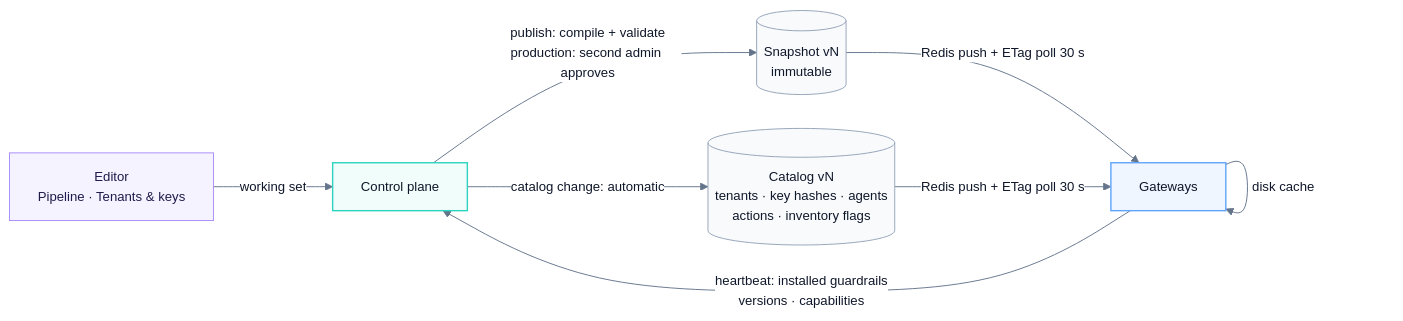
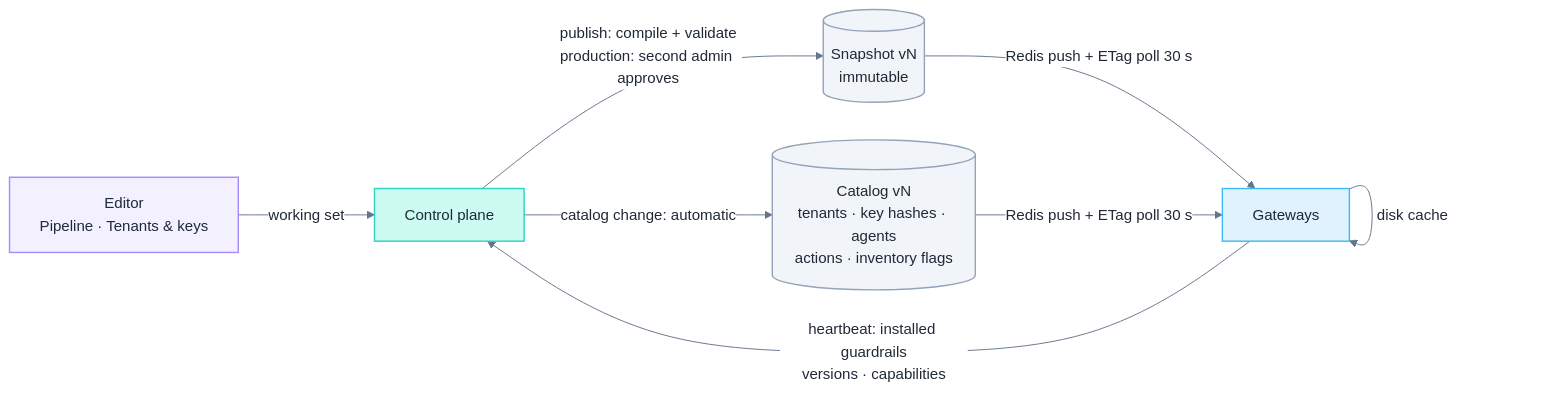
Before and after one commit to ramsha287/policy-guardrails-agent: the fourth of 5 diagrams in docs/architecture.md, drawn with Mermaid. The commit also changed other lines of this file and 2 other files, not shown here.

First line of the commit message:
Redesign top architecture diagram as layered planes

````diff
--- a/docs/architecture.md
+++ b/docs/architecture.md
@@ -230,23 +249,23 @@
 ```mermaid
-%%{init: {"theme": "base", "fontFamily": "Helvetica, Arial, sans-serif", "themeVariables": {"fontSize": "14px", "primaryTextColor": "#0f172a", "lineColor": "#64748b", "clusterBkg": "#fbfcfe", "clusterBorder": "#e2e8f0", "edgeLabelBackground": "#ffffff"}, "flowchart": {"curve": "basis", "nodeSpacing": 36, "rankSpacing": 56}}}%%
+%%{init: {"theme": "base", "darkMode": false, "fontFamily": "Helvetica, Arial, sans-serif", "fontSize": "16px", "themeVariables": {"background": "#ffffff", "primaryColor": "#eef6ff", "primaryBorderColor": "#93c5fd", "primaryTextColor": "#1f2937", "secondaryColor": "#f3f0ff", "tertiaryColor": "#f8fafc", "lineColor": "#64748b", "textColor": "#1f2937", "clusterBkg": "#f8fafc", "clusterBorder": "#cbd5e1", "edgeLabelBackground": "#ffffff", "titleColor": "#1f2937"}, "flowchart": {"curve": "basis", "nodeSpacing": 40, "rankSpacing": 64, "padding": 16, "htmlLabels": true}}}%%
 flowchart LR
   E["Editor<br/>Pipeline · Tenants & keys"] -- "working set" --> CP["Control plane"]
   CP -- "publish: compile + validate<br/>production: second admin approves" --> S[("Snapshot vN<br/>immutable")]
   CP -- "catalog change: automatic" --> C[("Catalog vN<br/>tenants · key hashes · agents<br/>actions · inventory flags")]
   S & C -- "Redis push + ETag poll 30 s" --> GW["Gateways"]
   GW -- "disk cache" --> GW
   GW -- "heartbeat: installed guardrails<br/>versions · capabilities" --> CP
 
-  classDef client fill:#f5f3ff,stroke:#a78bfa,stroke-width:1px,color:#1e1b4b
-  classDef edge fill:#eff6ff,stroke:#60a5fa,stroke-width:1.5px,color:#0f172a
-  classDef control fill:#f0fdfa,stroke:#2dd4bf,stroke-width:1.5px,color:#0f172a
-  classDef guard fill:#f0fdf4,stroke:#4ade80,stroke-width:1.5px,color:#052e16
-  classDef mfw fill:#ecfdf5,stroke:#059669,stroke-width:2px,color:#052e16
-  classDef store fill:#f8fafc,stroke:#94a3b8,stroke-width:1px,color:#0f172a
-  classDef external fill:#ffffff,stroke:#cbd5e1,stroke-width:1px,stroke-dasharray:4 3,color:#334155
-  classDef finding fill:#fffbeb,stroke:#fbbf24,stroke-width:1px,color:#78350f
+  classDef client fill:#f3f0ff,stroke:#a78bfa,stroke-width:1.5px,color:#1f2937
+  classDef edge fill:#e0f2fe,stroke:#38bdf8,stroke-width:1.5px,color:#1f2937
+  classDef control fill:#ccfbf1,stroke:#2dd4bf,stroke-width:1.5px,color:#1f2937
+  classDef guard fill:#dcfce7,stroke:#4ade80,stroke-width:1.5px,color:#1f2937
+  classDef mfw fill:#d1fae5,stroke:#10b981,stroke-width:2.5px,color:#1f2937
+  classDef store fill:#f1f5f9,stroke:#94a3b8,stroke-width:1.5px,color:#1f2937
+  classDef external fill:#ffffff,stroke:#94a3b8,stroke-width:1.5px,stroke-dasharray:5 4,color:#1f2937
+  classDef finding fill:#fef9c3,stroke:#facc15,stroke-width:1.5px,color:#1f2937
   class E client
   class CP control
   class GW edge
   class S,C store
 ```
````
